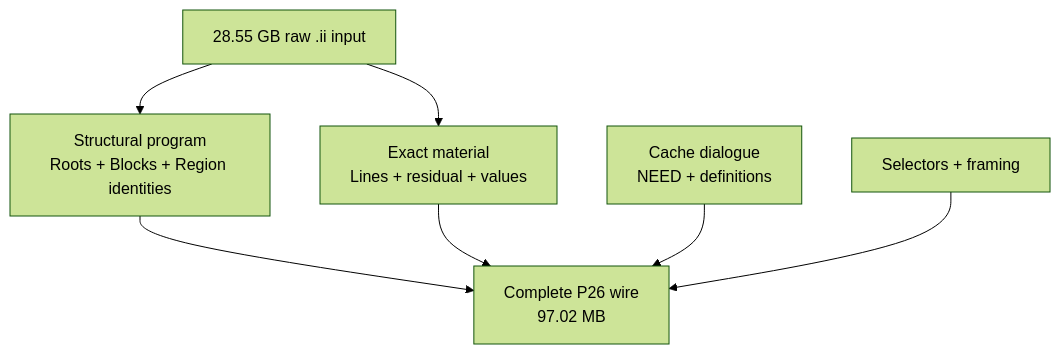
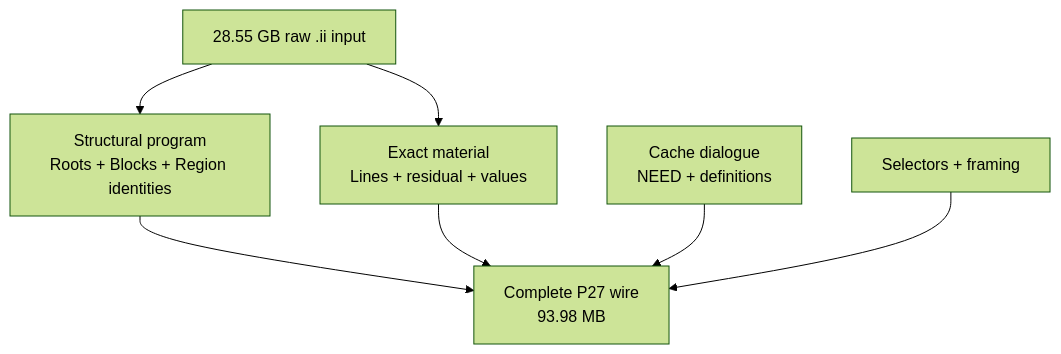
One commit to mickg10/icecream changed the ninth of 10 diagrams in linecache/CODEC-PREDICTOR-ENTROPY-REFERENCE.md. Above: the diagram before and after it, drawn with Mermaid (forest theme). The commit also changed other lines of this file and 5 other files, not shown here.

````diff
--- a/linecache/CODEC-PREDICTOR-ENTROPY-REFERENCE.md
+++ b/linecache/CODEC-PREDICTOR-ENTROPY-REFERENCE.md
@@ -905,16 +944,16 @@
 ```mermaid
 flowchart TB
     RAW[28.55 GB raw .ii input]
     STRUCT[Structural program<br/>Roots + Blocks + Region identities]
     MATERIAL[Exact material<br/>Lines + residual + values]
     DIALOGUE[Cache dialogue<br/>NEED + definitions]
     FRAME[Selectors + framing]
-    TOTAL[Complete P26 wire<br/>97.02 MB]
+    TOTAL[Complete P27 wire<br/>93.98 MB]
 
     RAW --> STRUCT
     RAW --> MATERIAL
     STRUCT --> TOTAL
     MATERIAL --> TOTAL
     DIALOGUE --> TOTAL
     FRAME --> TOTAL
 ```
````
